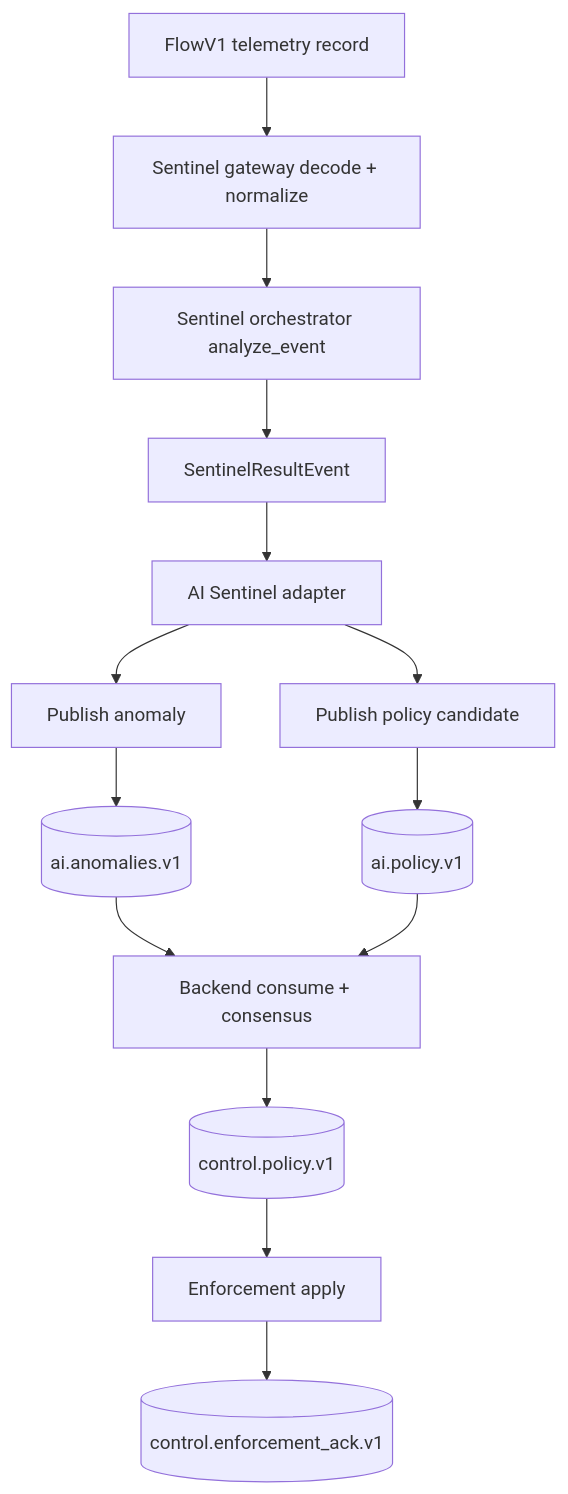
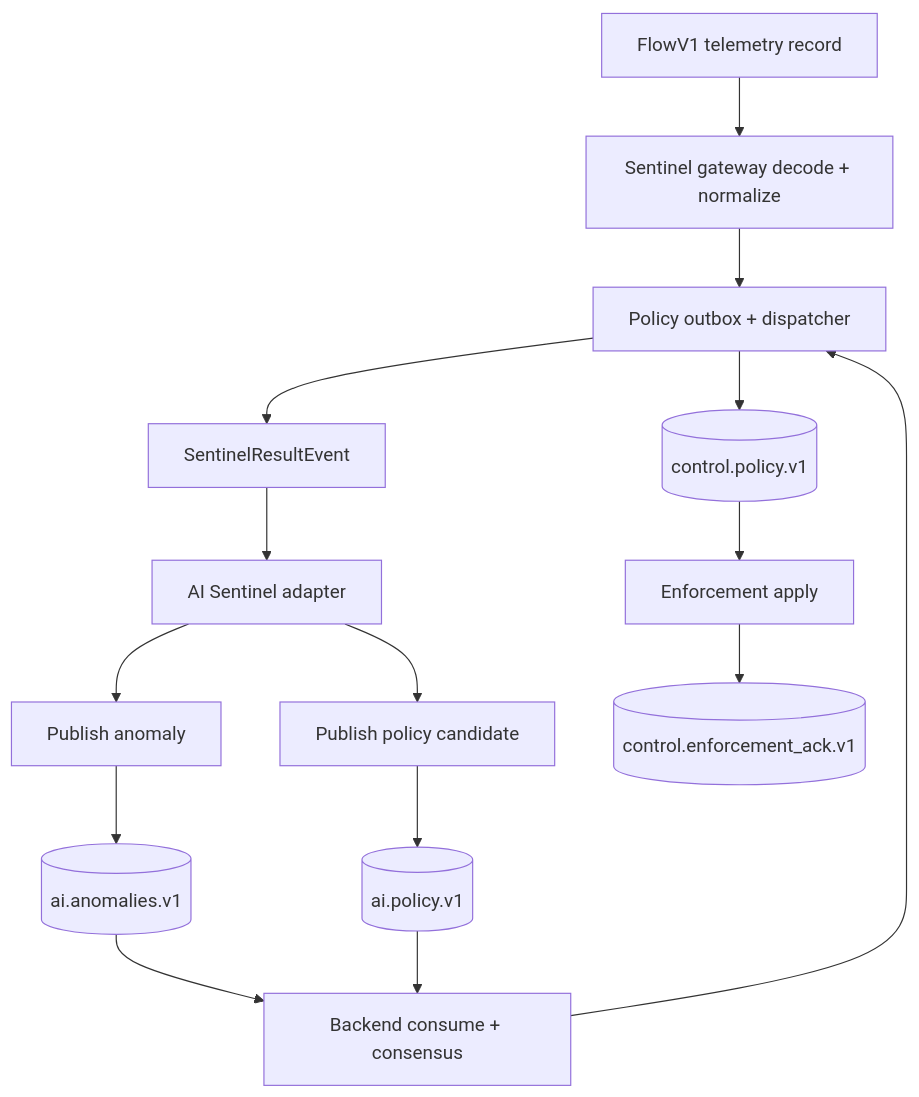
One commit to EveShark/CyberMesh changed the second of 3 diagrams in docs/architecture/13_sentinel_integration.md. Above: the diagram before and after it, drawn with Mermaid. The commit also changed other lines of this file and 13 other files, not shown here.

Commit message:
Update architecture and design documentation

````diff
--- a/docs/architecture/13_sentinel_integration.md
+++ b/docs/architecture/13_sentinel_integration.md
@@ -69,16 +70,17 @@
 ```mermaid
 flowchart TB
     F[FlowV1 telemetry record] --> G[Sentinel gateway decode + normalize]
     G --> O[Sentinel orchestrator analyze_event]
     O --> V[SentinelResultEvent]
     V --> A[AI Sentinel adapter]
     A --> P1[Publish anomaly]
     A --> P2[Publish policy candidate]
     P1 --> K1[(ai.anomalies.v1)]
     P2 --> K2[(ai.policy.v1)]
     K1 --> B[Backend consume + consensus]
     K2 --> B
-    B --> K3[(control.policy.v1)]
+    B --> O[Policy outbox + dispatcher]
+    O --> K3[(control.policy.v1)]
     K3 --> E[Enforcement apply]
     E --> K4[(control.enforcement_ack.v1)]
 ```
````
